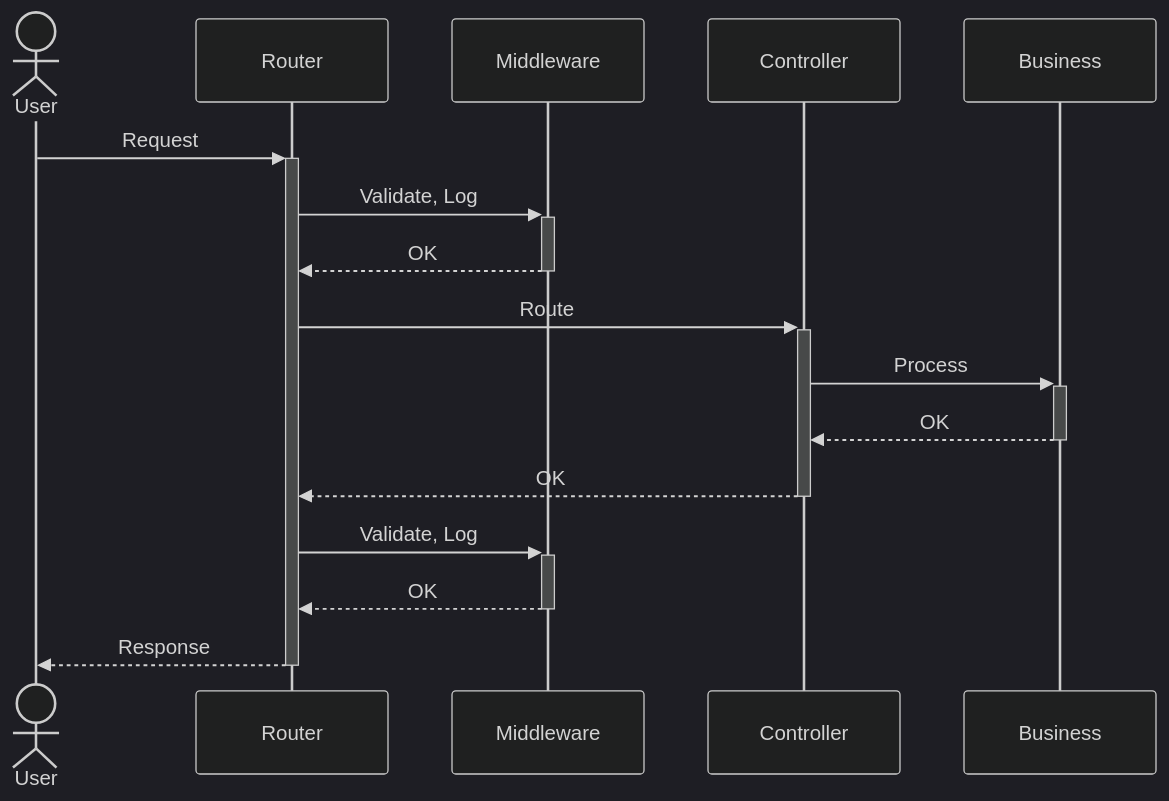
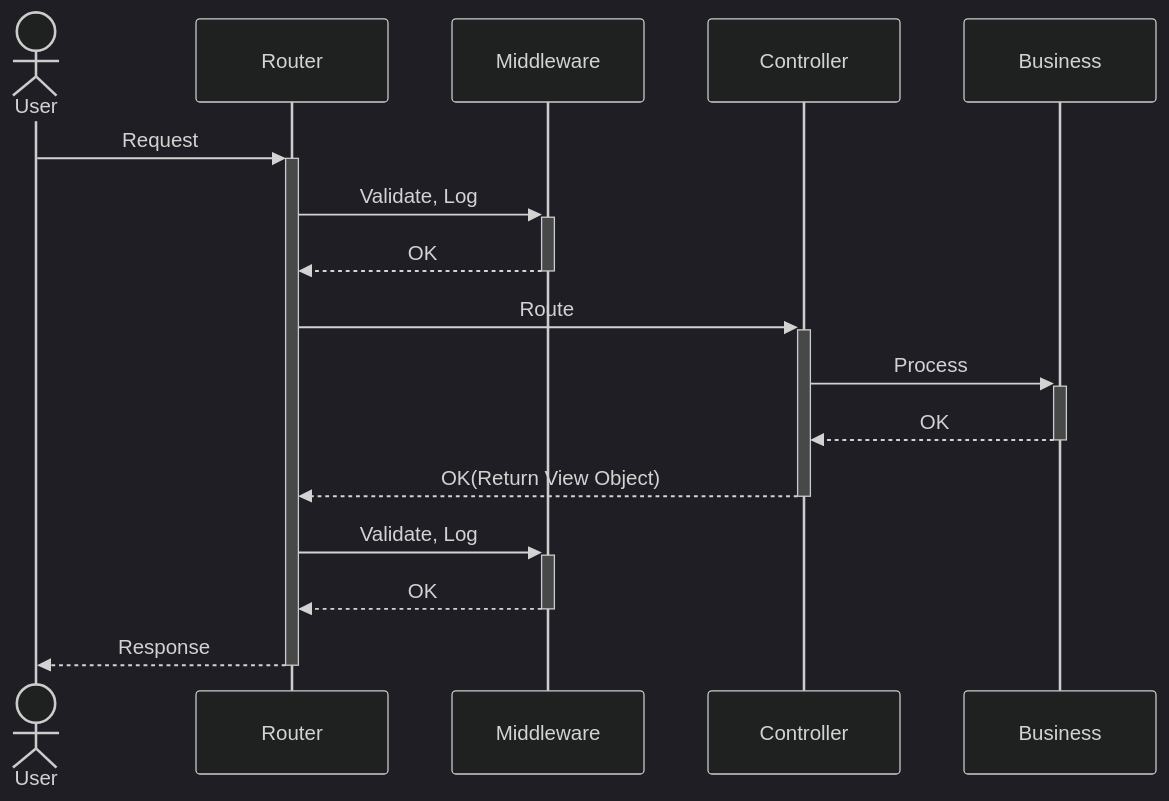
The second of 2 diagrams in doc/module.md (YeongRoYun/ku-database), drawn with Mermaid (dark theme) before and after one commit. The commit also changed other lines of this file and 13 other files, not shown here.

````diff
--- a/doc/module.md
+++ b/doc/module.md
@@ -25,19 +26,19 @@
 ```mermaid
 sequenceDiagram
     actor User
     participant Router
     participant Middleware
     participant Controller
     participant Business
 
     User ->>+ Router: Request
     Router ->>+ Middleware: Validate, Log
     Middleware -->>- Router: OK
     Router ->>+ Controller: Route
     Controller ->>+ Business: Process
     Business -->>- Controller: OK
-    Controller -->>- Router: OK
+    Controller -->>- Router: OK(Return View Object)
     Router ->>+ Middleware: Validate, Log
     Middleware -->>- Router: OK
     Router -->>- User: Response
 ```
````
